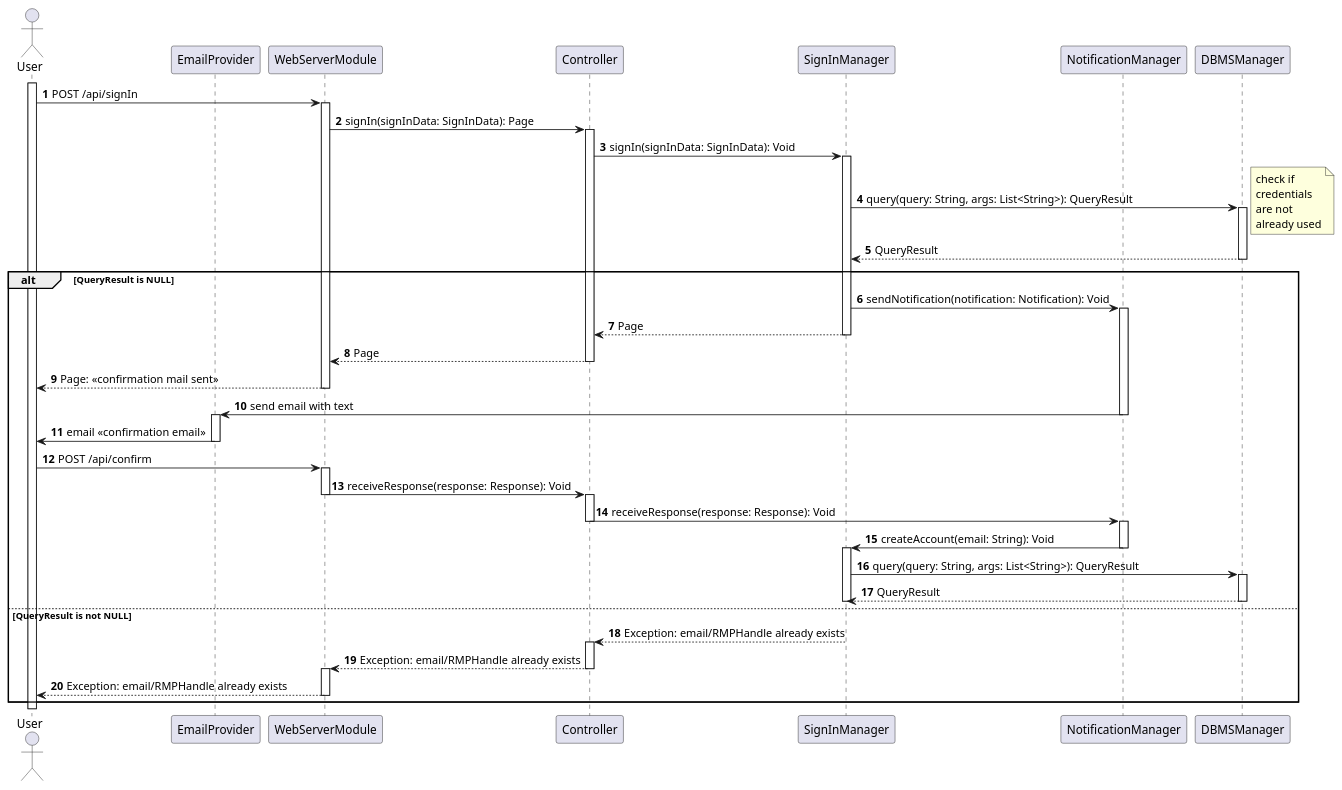
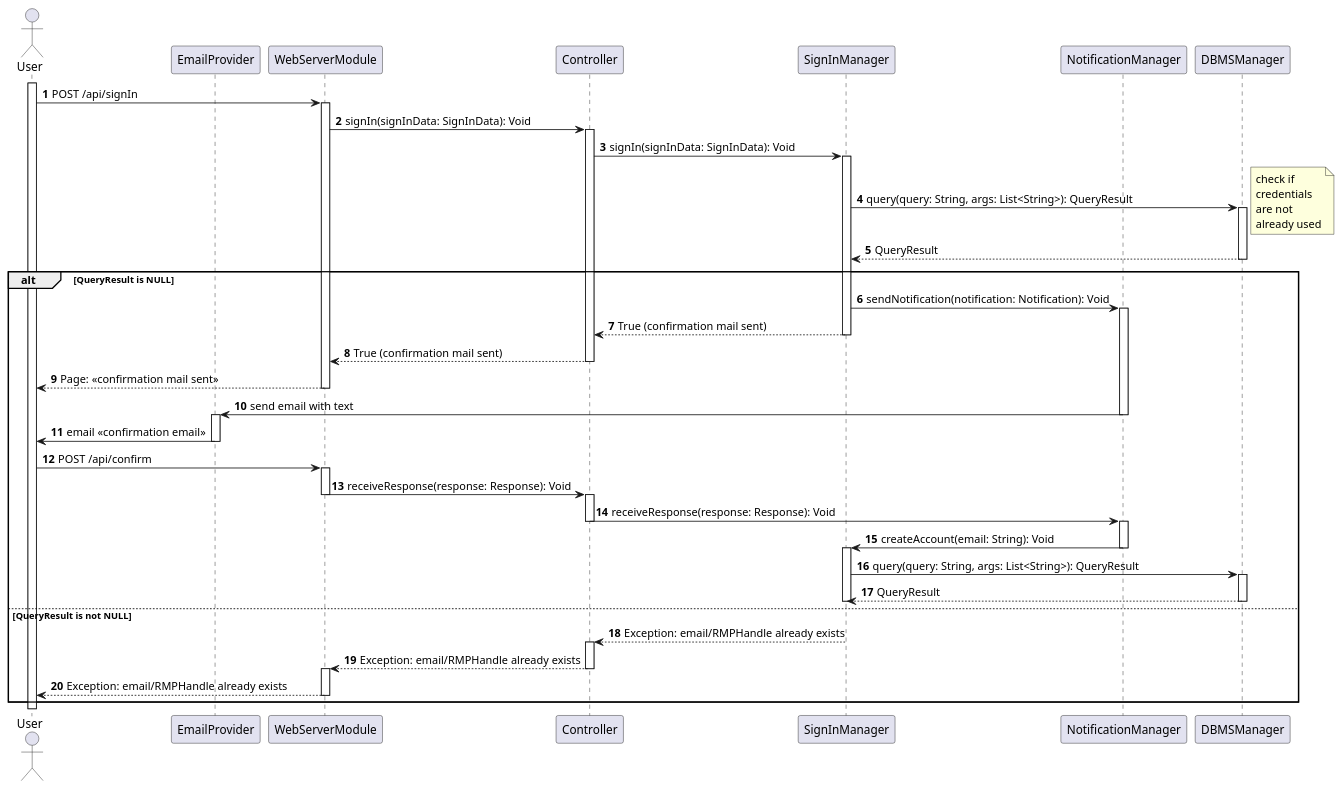
The diagram in _DD/Images/sequenceDiagrams/signIn.wsd (Angelo7672/SE2_Requirement-and-Design-Document), drawn with PlantUML before and after one commit. The commit also changed 5 other files, not shown here.

```diff
--- a/_DD/Images/sequenceDiagrams/signIn.wsd
+++ b/_DD/Images/sequenceDiagrams/signIn.wsd
@@ -1,70 +1,70 @@
 @startuml
 
 autonumber
 
 actor User as U
 participant EmailProvider as EP
 participant WebServerModule as WS
 participant Controller as C
 participant SignInManager as SIM
 participant NotificationManager as NM
 participant DBMSManager as DBMSM
 
 activate U
 U -> WS: POST /api/signIn
 activate WS
-WS -> C: signIn(signInData: SignInData): Page
+WS -> C: signIn(signInData: SignInData): Void
 activate C
 C -> SIM: signIn(signInData: SignInData): Void
 activate SIM
 SIM -> DBMSM: query(query: String, args: List<String>): QueryResult
 note right
     check if 
     credentials
     are not 
     already used
 end note
 activate DBMSM
 DBMSM --> SIM: QueryResult
 deactivate DBMSM
 alt QueryResult is NULL
     SIM -> NM: sendNotification(notification: Notification): Void
     activate NM
-    SIM --> C: Page
+    SIM --> C: True (confirmation mail sent)
     deactivate SIM
-    C --> WS: Page
+    C --> WS: True (confirmation mail sent)
     deactivate C
     WS --> U: Page: <<confirmation mail sent>>
     deactivate WS
     NM -> EP: send email with text
     deactivate NM
     activate EP
     EP -> U: email <<confirmation email>>
     deactivate EP
     U -> WS: POST /api/confirm
     activate WS
     WS -> C: receiveResponse(response: Response): Void
     deactivate WS
     activate C
     C -> NM: receiveResponse(response: Response): Void
     deactivate C
     activate NM
     NM -> SIM: createAccount(email: String): Void
     deactivate NM
     activate SIM
     SIM -> DBMSM: query(query: String, args: List<String>): QueryResult
     activate DBMSM
     DBMSM --> SIM: QueryResult
     deactivate DBMSM
     deactivate SIM
 else QueryResult is not NULL
     SIM --> C: Exception: email/RMPHandle already exists
     activate C
     C --> WS: Exception: email/RMPHandle already exists
     deactivate C
     activate WS
     WS --> U: Exception: email/RMPHandle already exists
     deactivate WS
 end
 
 @enduml
```
